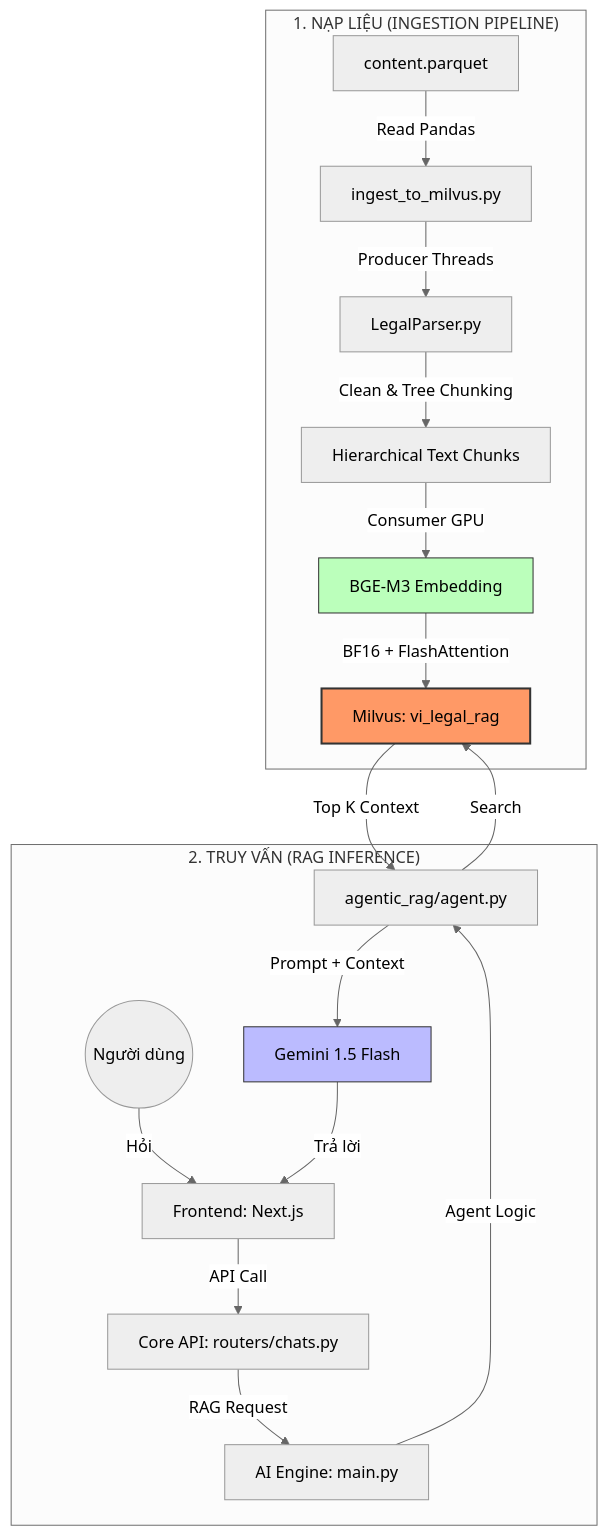
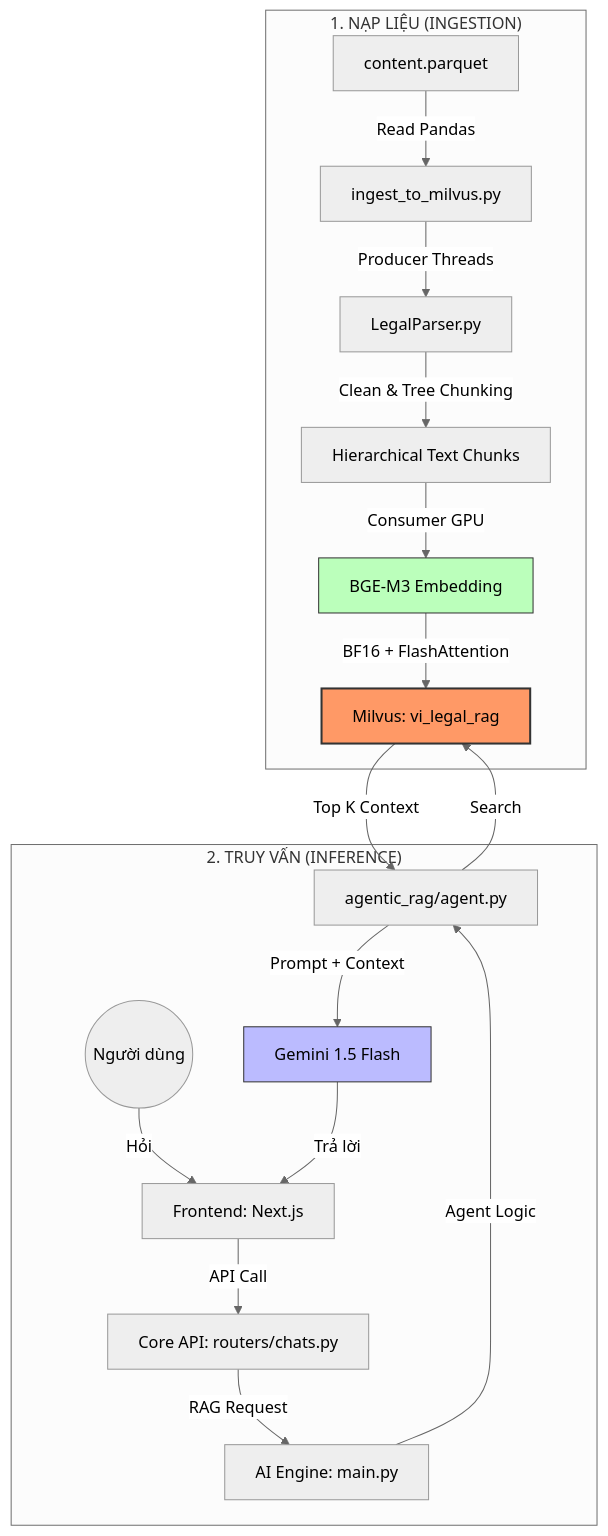
The diagram in README.md (congkx123789/bigdata_project), drawn with Mermaid (neutral theme) before and after one commit. The commit also changed other lines of this file and 34 other files, not shown here.

````diff
--- a/README.md
+++ b/README.md
@@ -7,25 +33,25 @@
 ```mermaid
 graph TD
-    subgraph "1. NẠP LIỆU (INGESTION PIPELINE)"
+    subgraph "1. NẠP LIỆU (INGESTION)"
         A[content.parquet] -->|Read Pandas| B[ingest_to_milvus.py]
         B -->|Producer Threads| C[LegalParser.py]
         C -->|Clean & Tree Chunking| D[Hierarchical Text Chunks]
         D -->|Consumer GPU| E[BGE-M3 Embedding]
         E -->|BF16 + FlashAttention| F[Milvus: vi_legal_rag]
     end
 
-    subgraph "2. TRUY VẤN (RAG INFERENCE)"
+    subgraph "2. TRUY VẤN (INFERENCE)"
         User((Người dùng)) -->|Hỏi| G[Frontend: Next.js]
         G -->|API Call| H[Core API: routers/chats.py]
         H -->|RAG Request| I[AI Engine: main.py]
         I -->|Agent Logic| J[agentic_rag/agent.py]
         J -->|Search| F
         F -->|Top K Context| J
         J -->|Prompt + Context| K[Gemini 1.5 Flash]
         K -->|Trả lời| G
     end
 
     style F fill:#f96,stroke:#333,stroke-width:2px
     style E fill:#bfb,stroke:#333
     style K fill:#bbf,stroke:#333
 ```
````
